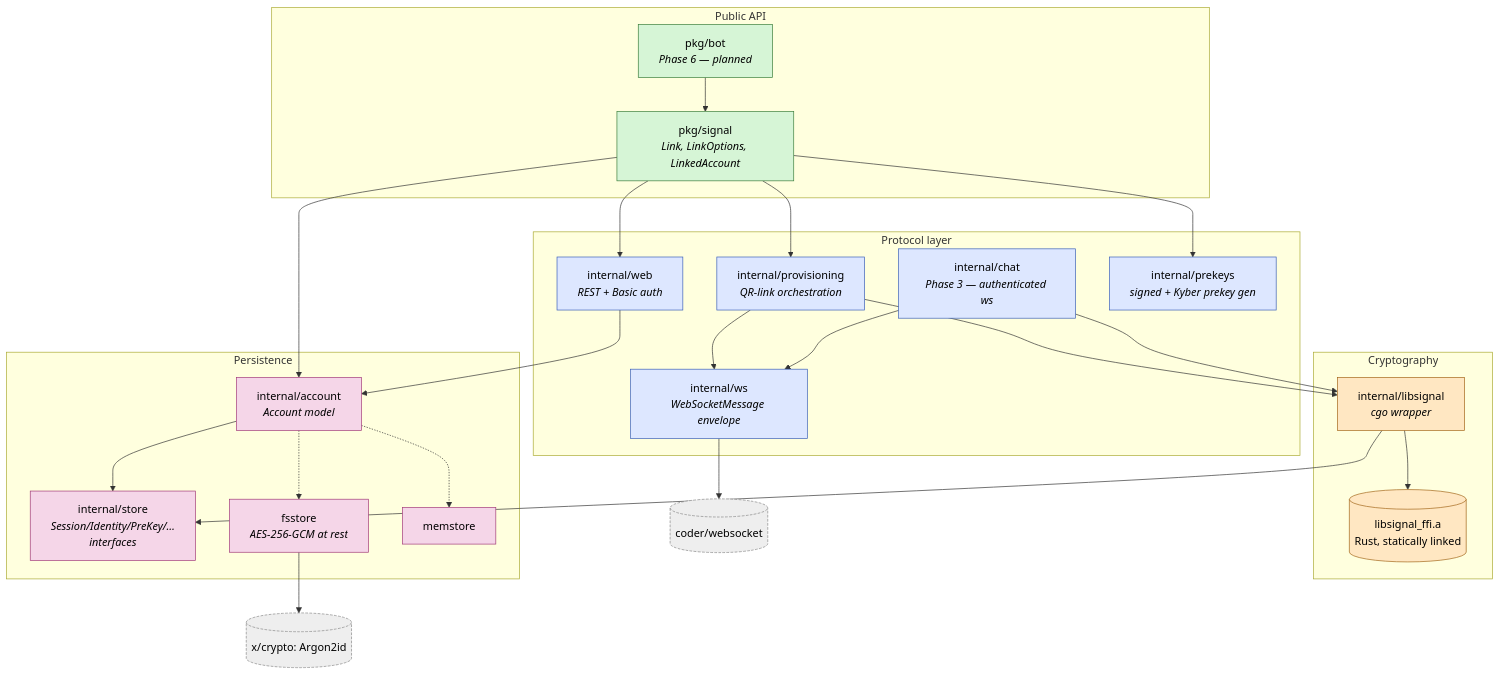
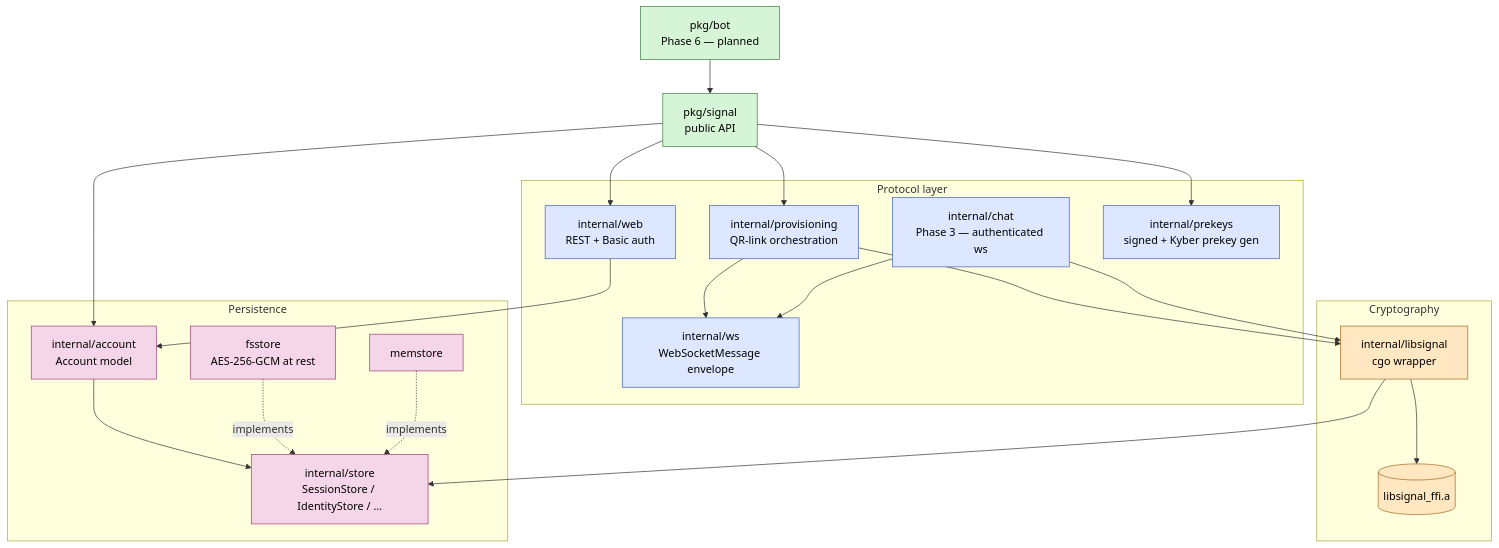
One commit to thehappydinoa/signal-go changed the diagram in docs/diagrams/architecture.md. Above: the diagram before and after it, drawn with Mermaid. The commit also changed other lines of this file and 5 other files, not shown here.

First line of the commit message:
docs: rewrite Mermaid diagrams with conservative, GitHub-safe syntax

````diff
--- a/docs/diagrams/architecture.md
+++ b/docs/diagrams/architecture.md
@@ -7,59 +8,50 @@
 ```mermaid
 flowchart TB
-    classDef pub fill:#d6f5d6,stroke:#3a7d3a,color:#000
-    classDef proto fill:#dde7ff,stroke:#3a5fb8,color:#000
-    classDef crypto fill:#ffe7c2,stroke:#a3661a,color:#000
-    classDef store fill:#f5d6e8,stroke:#a13a78,color:#000
-    classDef ext fill:#eee,stroke:#888,color:#000,stroke-dasharray: 4 2
+    bot[pkg/bot<br/>Phase 6 — planned]
+    sig[pkg/signal<br/>public API]
 
-    subgraph public[" Public API "]
-        signal[pkg/signal<br/><i>Link, LinkOptions, LinkedAccount</i>]
-        bot[pkg/bot<br/><i>Phase 6 — planned</i>]
+    subgraph protocol [Protocol layer]
+        prov[internal/provisioning<br/>QR-link orchestration]
+        chat[internal/chat<br/>Phase 3 — authenticated ws]
+        web[internal/web<br/>REST + Basic auth]
+        ws[internal/ws<br/>WebSocketMessage envelope]
+        prekeys[internal/prekeys<br/>signed + Kyber prekey gen]
     end
 
-    subgraph protocol[" Protocol layer "]
-        prov[internal/provisioning<br/><i>QR-link orchestration</i>]
-        chat[internal/chat<br/><i>Phase 3 — authenticated ws</i>]
-        web[internal/web<br/><i>REST + Basic auth</i>]
-        ws[internal/ws<br/><i>WebSocketMessage envelope</i>]
-        prekeys[internal/prekeys<br/><i>signed + Kyber prekey gen</i>]
+    subgraph crypto [Cryptography]
+        ls[internal/libsignal<br/>cgo wrapper]
+        ffi[(libsignal_ffi.a)]
     end
 
-    subgraph crypto[" Cryptography "]
-        ls[internal/libsignal<br/><i>cgo wrapper</i>]
-        ffi[(libsignal_ffi.a<br/>Rust, statically linked)]
-    end
-
-    subgraph storage[" Persistence "]
-        account[internal/account<br/><i>Account model</i>]
-        store[internal/store<br/><i>Session/Identity/PreKey/…<br/>interfaces</i>]
-        fs[fsstore<br/><i>AES-256-GCM at rest</i>]
+    subgraph storage [Persistence]
+        account[internal/account<br/>Account model]
+        store[internal/store<br/>SessionStore / IdentityStore / …]
+        fs[fsstore<br/>AES-256-GCM at rest]
         mem[memstore]
     end
 
-    extws[(coder/websocket)]:::ext
-    extcrypto[(x/crypto: Argon2id)]:::ext
-
-    bot --> signal
-    signal --> prov
-    signal --> web
-    signal --> account
-    signal --> prekeys
+    bot --> sig
+    sig --> prov
+    sig --> web
+    sig --> account
+    sig --> prekeys
     prov --> ws
     prov --> ls
     chat --> ws
     chat --> ls
     web --> account
-    ws --> extws
     ls --> ffi
     ls --> store
-    fs --> extcrypto
     account --> store
-    account -.-> fs
-    account -.-> mem
+    fs -. implements .-> store
+    mem -. implements .-> store
 
-    class signal,bot pub
-    class prov,chat,web,ws,prekeys proto
-    class ls,ffi crypto
-    class store,fs,mem,account store
+    classDef pub fill:#d6f5d6,stroke:#3a7d3a,color:#000;
+    classDef proto fill:#dde7ff,stroke:#3a5fb8,color:#000;
+    classDef cry fill:#ffe7c2,stroke:#a3661a,color:#000;
+    classDef per fill:#f5d6e8,stroke:#a13a78,color:#000;
+    class bot,sig pub;
+    class prov,chat,web,ws,prekeys proto;
+    class ls,ffi cry;
+    class store,fs,mem,account per;
 ```
````
